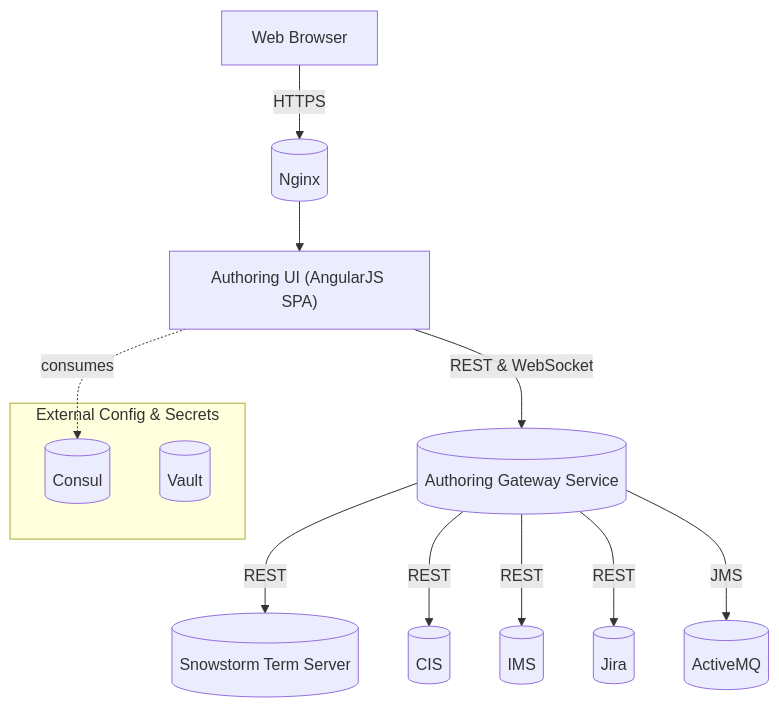
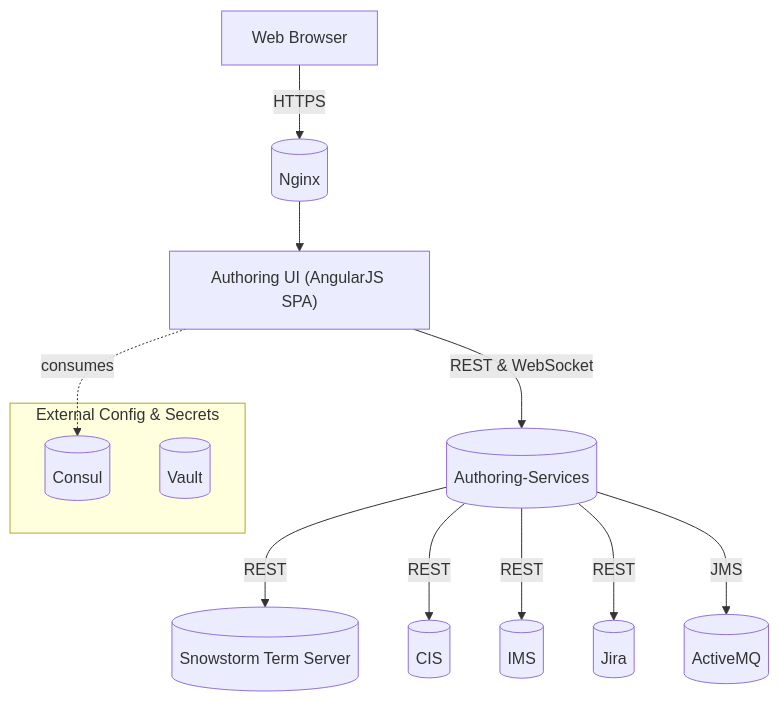
The first of 2 diagrams in README.md (IHTSDO/authoring-ui), drawn with Mermaid before and after one commit. The commit also changed other lines of this file, not shown here.

````diff
--- a/README.md
+++ b/README.md
@@ -11,16 +11,16 @@
 ```mermaid
 flowchart TD
     Browser["Web Browser"] --> |HTTPS| Nginx[(Nginx)]
     Nginx --> AuthoringUI["Authoring UI (AngularJS SPA)"]
-    AuthoringUI --> |REST & WebSocket| Gateway[(Authoring Gateway Service)]
+    AuthoringUI --> |REST & WebSocket| Gateway[(Authoring-Services)]
     Gateway --> |REST| Snowstorm[(Snowstorm Term Server)]
     Gateway --> |REST| CIS[(CIS)]
     Gateway --> |REST| IMS[(IMS)]
     Gateway --> |REST| Jira[(Jira)]
     Gateway --> |JMS| ActiveMQ[(ActiveMQ)]
     subgraph External Config & Secrets
         Consul[(Consul)]
         Vault[(Vault)]
     end
     AuthoringUI -. consumes .-> Consul
 ```
````
